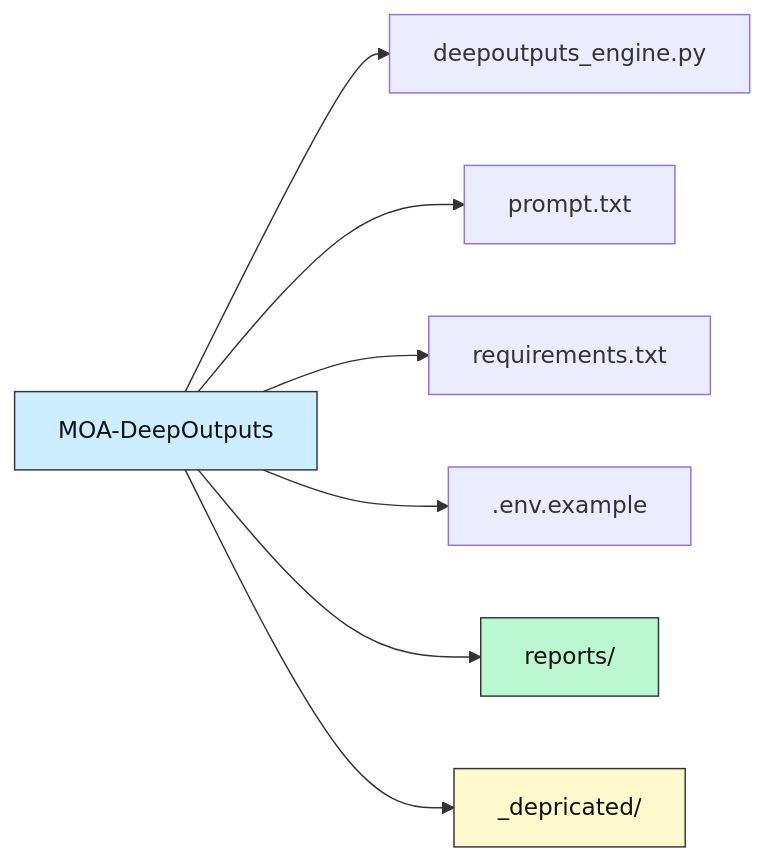
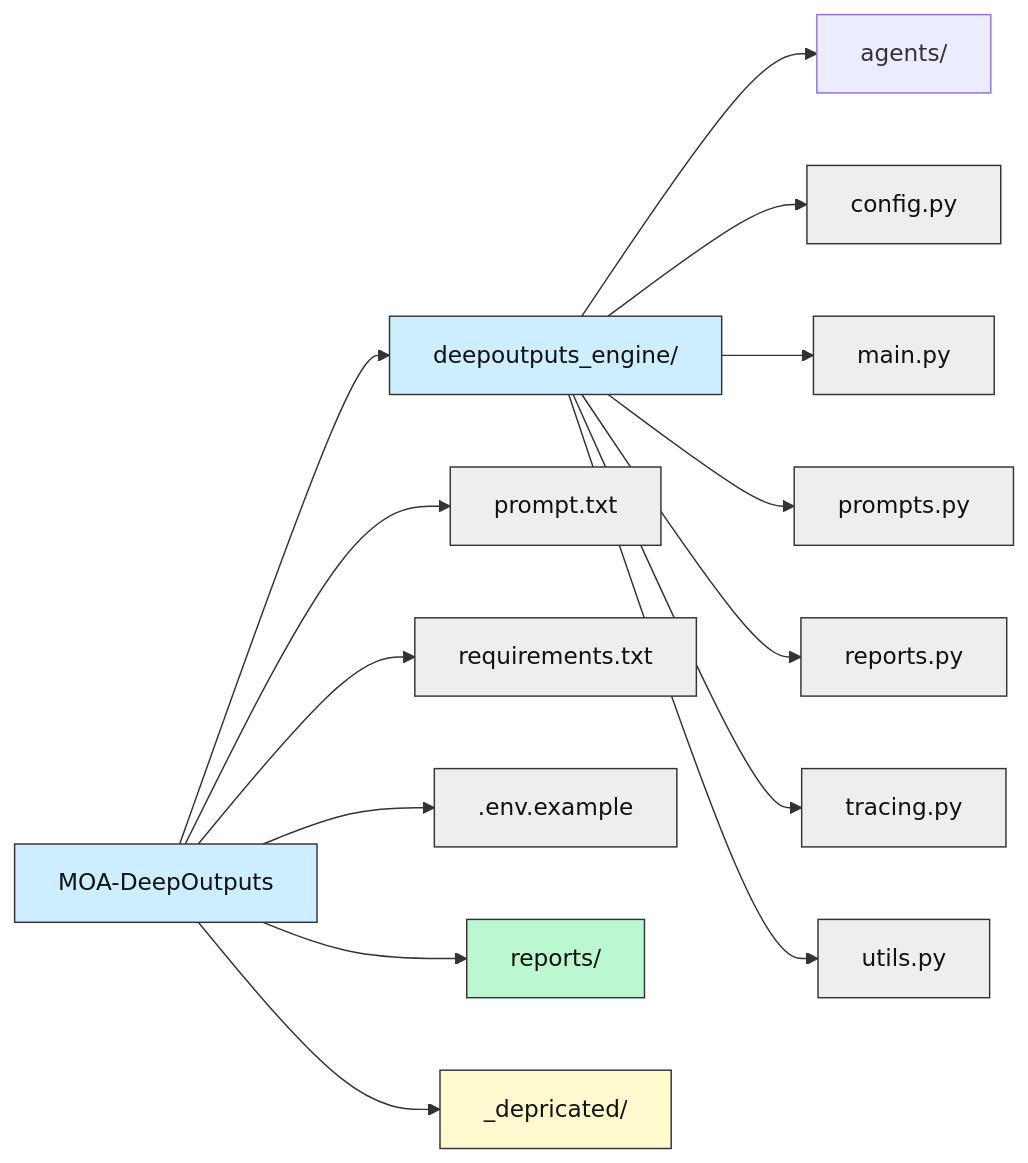
Before and after one commit to Mindrocket42/MOA-DeepOutputs: the second of 3 diagrams in README.md, drawn with Mermaid. The commit also changed other lines of this file and 20 other files, not shown here.

````diff
--- a/README.md
+++ b/README.md
@@ -87,12 +100,31 @@
 ```mermaid
 flowchart LR
-    root["MOA-DeepOutputs"] --> E1["deepoutputs_engine.py"]
-    root --> E2["prompt.txt"]
-    root --> E3["requirements.txt"]
-    root --> E4[".env.example"]
+    root["MOA-DeepOutputs"] --> engine["deepoutputs_engine/"]
+    root --> prompt["prompt.txt"]
+    root --> reqs["requirements.txt"]
+    root --> env[".env.example"]
     root --> reports["reports/"]
     root --> depr["_depricated/"]
+
+    engine --> agents["agents/"]
+    engine --> config["config.py"]
+    engine --> main["main.py"]
+    engine --> prompts["prompts.py"]
+    engine --> reports_py["reports.py"]
+    engine --> tracing["tracing.py"]
+    engine --> utils["utils.py"]
+
     style root fill:#cceeff,stroke:#333333,color:#111111
+    style engine fill:#cceeff,stroke:#333333,color:#111111
     style reports fill:#bbf7d0,stroke:#333333,color:#111111
     style depr fill:#fffacd,stroke:#333333,color:#111111
+    style prompt fill:#eeeeee,stroke:#333333,color:#111111
+    style reqs fill:#eeeeee,stroke:#333333,color:#111111
+    style env fill:#eeeeee,stroke:#333333,color:#111111
+    style config fill:#eeeeee,stroke:#333333,color:#111111
+    style main fill:#eeeeee,stroke:#333333,color:#111111
+    style prompts fill:#eeeeee,stroke:#333333,color:#111111
+    style reports_py fill:#eeeeee,stroke:#333333,color:#111111
+    style tracing fill:#eeeeee,stroke:#333333,color:#111111
+    style utils fill:#eeeeee,stroke:#333333,color:#111111
 ```
````
